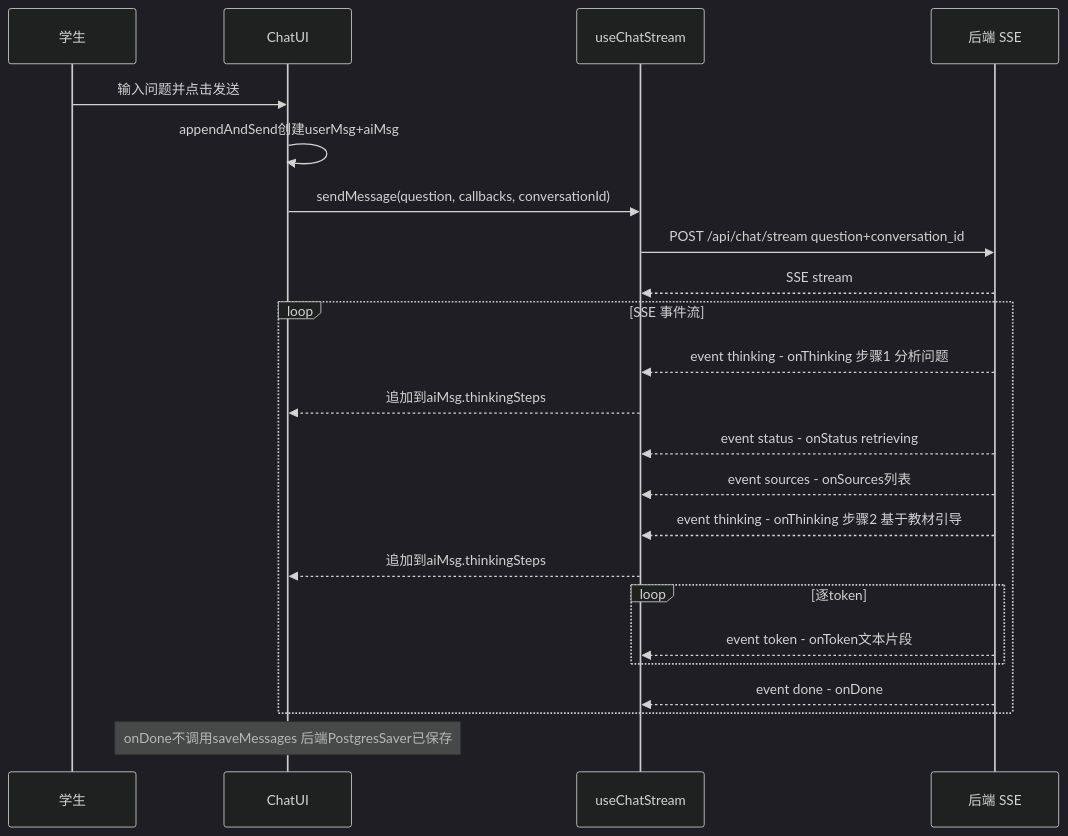
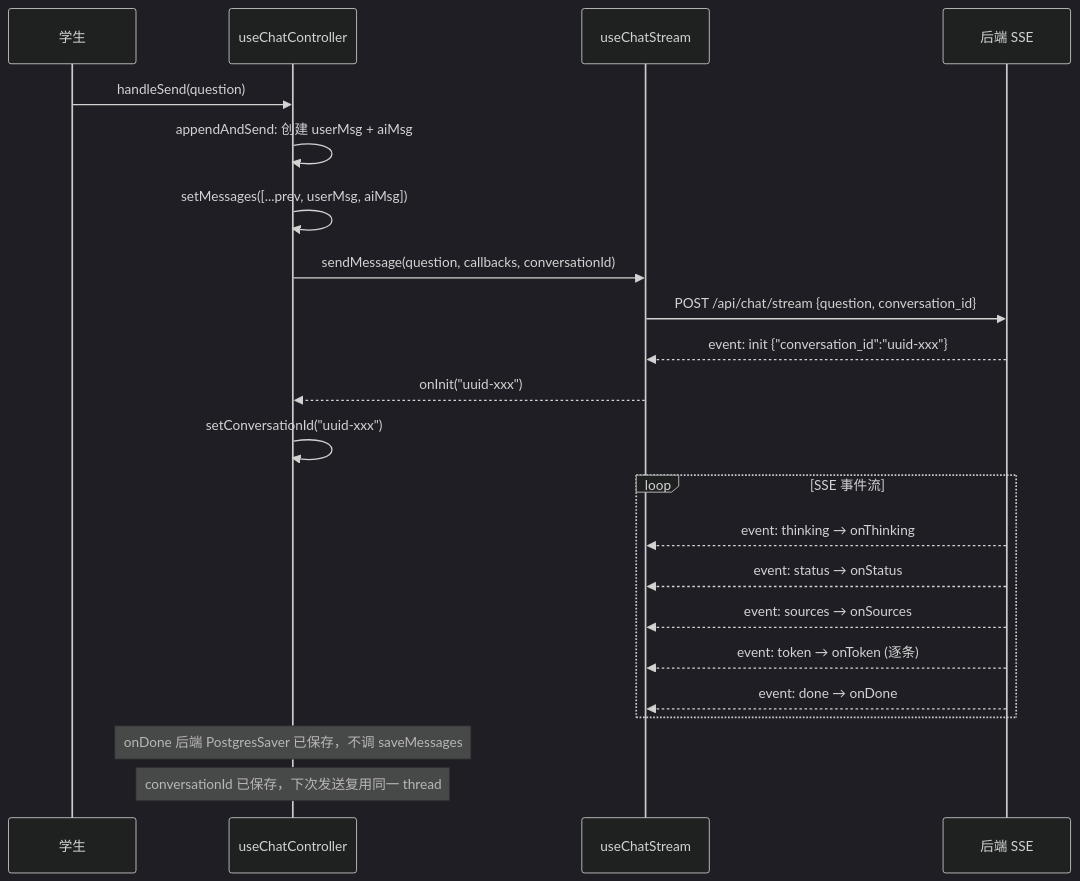
The second of 4 diagrams in .dev-flow/R007/analysis/2026-05-22--R007-persistence-agent-upgrade-frontend.md (xiaolutang/OctoTutor), drawn with Mermaid (dark theme) before and after one commit. The commit also changed other lines of this file and 9 other files, not shown here.

First line of the commit message:
feat(chat): R007-BB003+FF003 SSE init回传conversationId + useChatController统一控制器

````diff
--- a/.dev-flow/R007/analysis/2026-05-22--R007-persistence-agent-upgrade-frontend.md
+++ b/.dev-flow/R007/analysis/2026-05-22--R007-persistence-agent-upgrade-frontend.md
@@ -174,29 +176,29 @@
 ```mermaid
 sequenceDiagram
   participant U as 学生
-  participant ChatUI as ChatUI
-  participant UseStream as useChatStream
+  participant Ctrl as useChatController
+  participant Stream as useChatStream
   participant BE as 后端 SSE
 
-  U->>ChatUI: 输入问题并点击发送
-  ChatUI->>ChatUI: appendAndSend创建userMsg+aiMsg
-  ChatUI->>UseStream: sendMessage(question, callbacks, conversationId)
-  UseStream->>BE: POST /api/chat/stream question+conversation_id
+  U->>Ctrl: handleSend(question)
+  Ctrl->>Ctrl: appendAndSend: 创建 userMsg + aiMsg
+  Ctrl->>Ctrl: setMessages([...prev, userMsg, aiMsg])
+  Ctrl->>Stream: sendMessage(question, callbacks, conversationId)
 
-  BE-->>UseStream: SSE stream
+  Stream->>BE: POST /api/chat/stream {question, conversation_id}
+
+  BE-->>Stream: event: init {"conversation_id":"uuid-xxx"}
+  Stream-->>Ctrl: onInit("uuid-xxx")
+  Ctrl->>Ctrl: setConversationId("uuid-xxx")
 
   loop SSE 事件流
-    BE-->>UseStream: event thinking - onThinking 步骤1 分析问题
-    UseStream-->>ChatUI: 追加到aiMsg.thinkingSteps
-    BE-->>UseStream: event status - onStatus retrieving
-    BE-->>UseStream: event sources - onSources列表
-    BE-->>UseStream: event thinking - onThinking 步骤2 基于教材引导
-    UseStream-->>ChatUI: 追加到aiMsg.thinkingSteps
-    loop 逐token
-      BE-->>UseStream: event token - onToken文本片段
-    end
-    BE-->>UseStream: event done - onDone
+    BE-->>Stream: event: thinking → onThinking
+    BE-->>Stream: event: status → onStatus
+    BE-->>Stream: event: sources → onSources
+    BE-->>Stream: event: token → onToken (逐条)
+    BE-->>Stream: event: done → onDone
   end
 
-  Note over ChatUI: onDone不调用saveMessages 后端PostgresSaver已保存
+  Note over Ctrl: onDone 后端 PostgresSaver 已保存，不调 saveMessages
+  Note over Ctrl: conversationId 已保存，下次发送复用同一 thread
 ```
````
